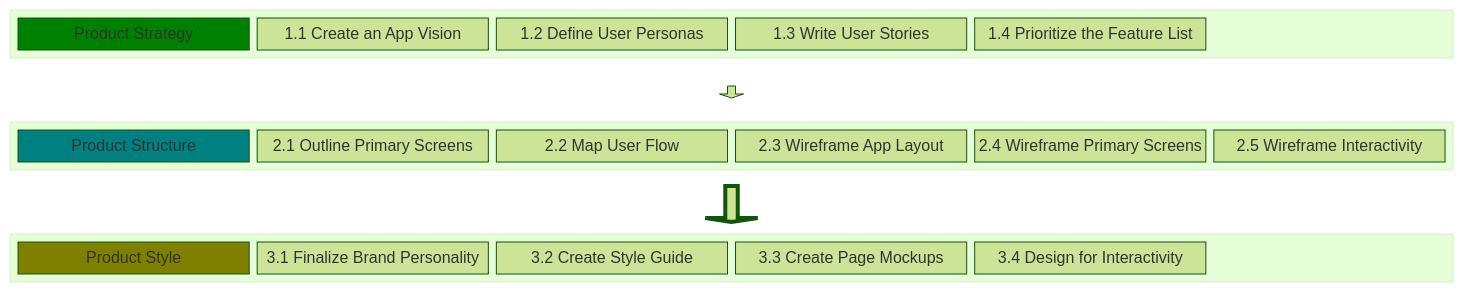
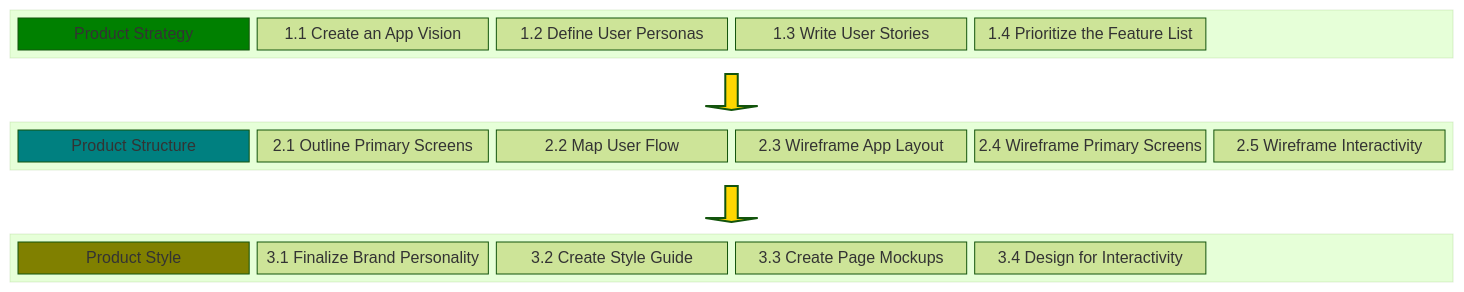
The diagram in docs/resources/techresources/uiux.md (chingu-voyages/Handbook), drawn with Mermaid (forest theme) before and after one commit.

Commit message:
Feature: Add block arrows

````diff
--- a/docs/resources/techresources/uiux.md
+++ b/docs/resources/techresources/uiux.md
@@ -15,38 +15,38 @@
 ```mermaid
 block-beta
 columns 1
   block:STRATEGY
     columns 6
     A["Product Strategy"]
     B["1.1 Create an App Vision"]
     C["1.2 Define User Personas"]
     D["1.3 Write User Stories"]
     E["1.4 Prioritize the Feature List"]
     space
   end
-  blockArrowA<[" "]>(down)
+  blockArrowA<["&nbsp;"]>(down)
   block:STRUCTURE
     columns 6
     G["Product Structure"]
     H["2.1 Outline Primary Screens"]
     I["2.2 Map User Flow"]
     J["2.3 Wireframe App Layout"]
     K["2.4 Wireframe Primary Screens"]
     L["2.5 Wireframe Interactivity"]
   end
-  blockArrowB<["&nbsp"]>(down)
+  blockArrowB<["&nbsp;"]>(down)
   block:STYLE
     columns 6
     M["Product Style"]
     N["3.1 Finalize Brand Personality"]
     O["3.2 Create Style Guide"]
     P["3.3 Create Page Mockups"]
     Q["3.4 Design for Interactivity"]
     space
   end
   style A fill:#008000
   style G fill:#008080
   style M fill:#808000
-  style blockArrowA fill:FFD700,stroke-width:1px
-  style blockArrowB fill:FFD700,stroke-width:4px
+  style blockArrowA fill:#FFD700,stroke-width:2px
+  style blockArrowB fill:#FFD700,stroke-width:2px
 ```
````
